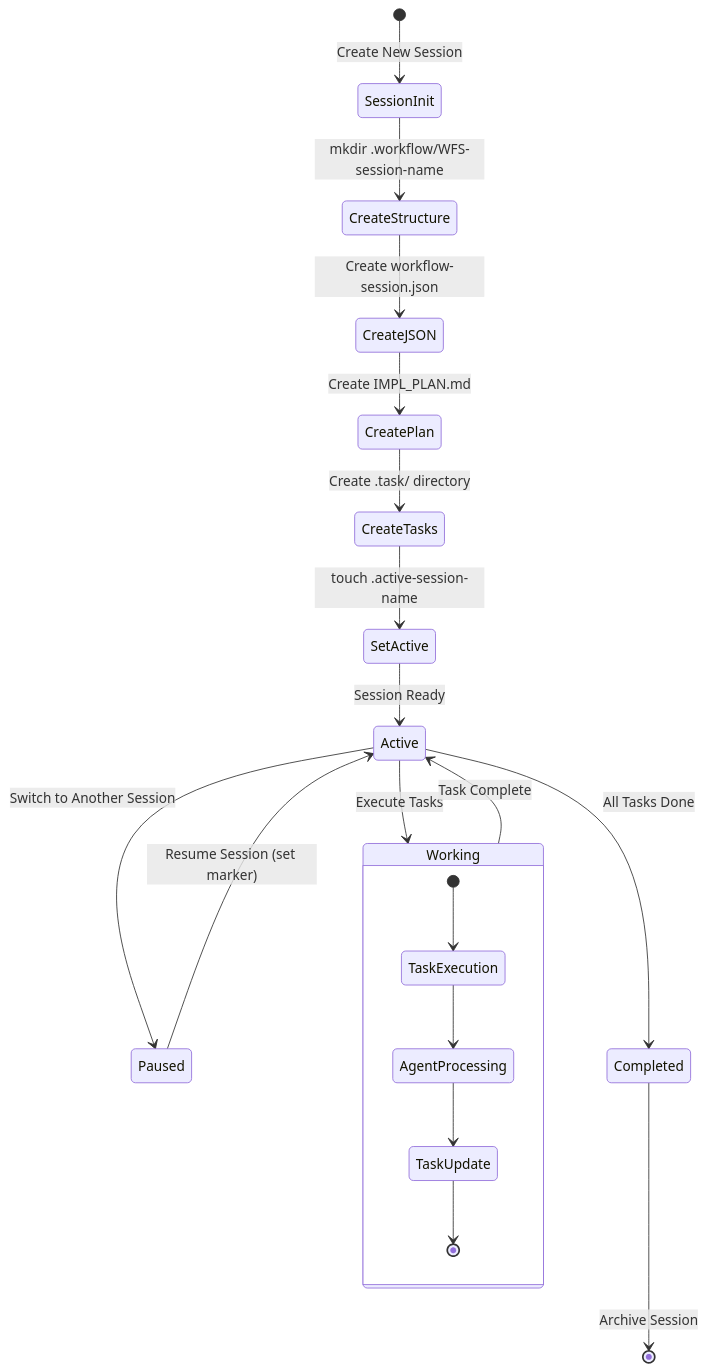
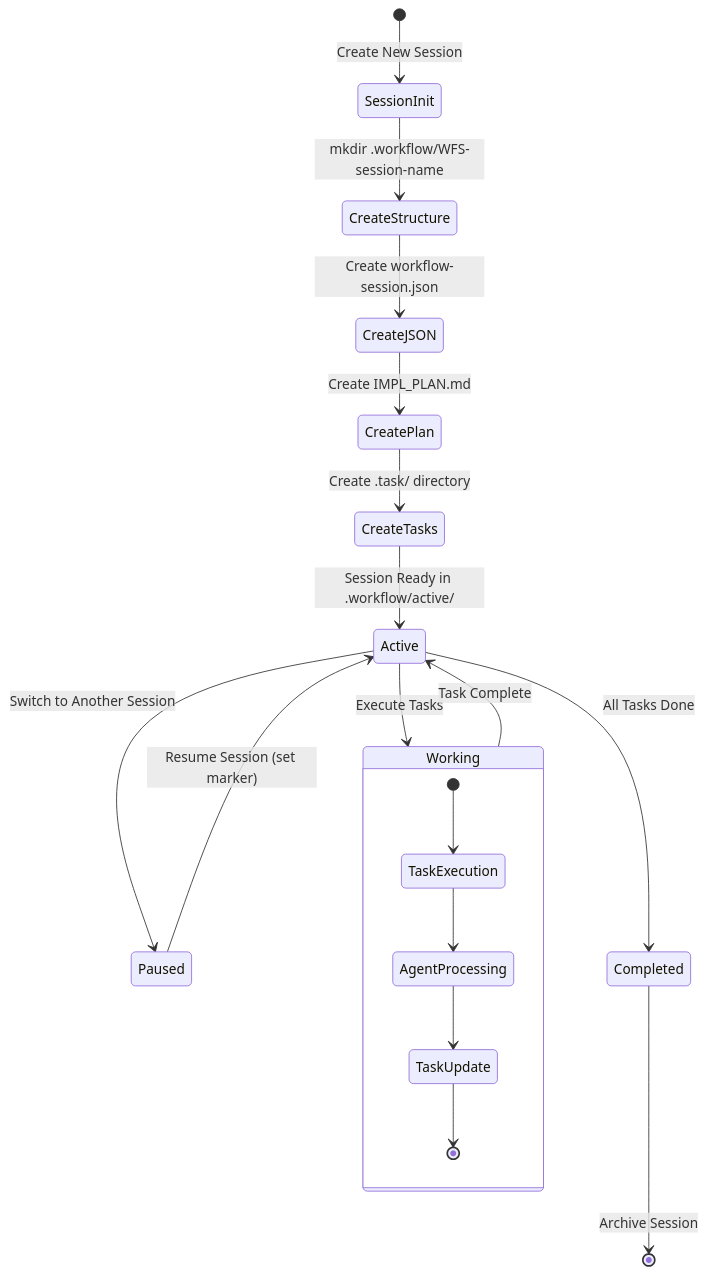
One commit to 74587/Claude-Code-Workflow changed the third of 14 diagrams in WORKFLOW_DIAGRAMS.md. Above: the diagram before and after it, drawn with Mermaid. The commit also changed other lines of this file and 1 other file, not shown here.

Commit message:
docs: remove obsolete .active marker file references
Remove outdated references to .active-session marker files that are no longer used in the workflow implementation. The system now uses directory-based session management where active sessions are identified by their location in .workflow/active/ directory.

Changes:
- WORKFLOW_DIAGRAMS.md: Replace .active-session marker with actual directory structure
- COMMAND_SPEC.md: Update session:complete description to reflect directory-based archival

The .archiving marker is still valid and used for transactional session completion.

````diff
--- a/WORKFLOW_DIAGRAMS.md
+++ b/WORKFLOW_DIAGRAMS.md
@@ -119,27 +120,25 @@
 ```mermaid
 stateDiagram-v2
     [*] --> SessionInit: Create New Session
 
     SessionInit --> CreateStructure: mkdir .workflow/WFS-session-name
     CreateStructure --> CreateJSON: Create workflow-session.json
     CreateJSON --> CreatePlan: Create IMPL_PLAN.md
     CreatePlan --> CreateTasks: Create .task/ directory
-    CreateTasks --> SetActive: touch .active-session-name
-
-    SetActive --> Active: Session Ready
+    CreateTasks --> Active: Session Ready in .workflow/active/
 
     Active --> Paused: Switch to Another Session
     Active --> Working: Execute Tasks
     Active --> Completed: All Tasks Done
 
     Paused --> Active: Resume Session (set marker)
     Working --> Active: Task Complete
     Completed --> [*]: Archive Session
 
     state Working {
         [*] --> TaskExecution
         TaskExecution --> AgentProcessing
         AgentProcessing --> TaskUpdate
         TaskUpdate --> [*]
     }
 ```
````
